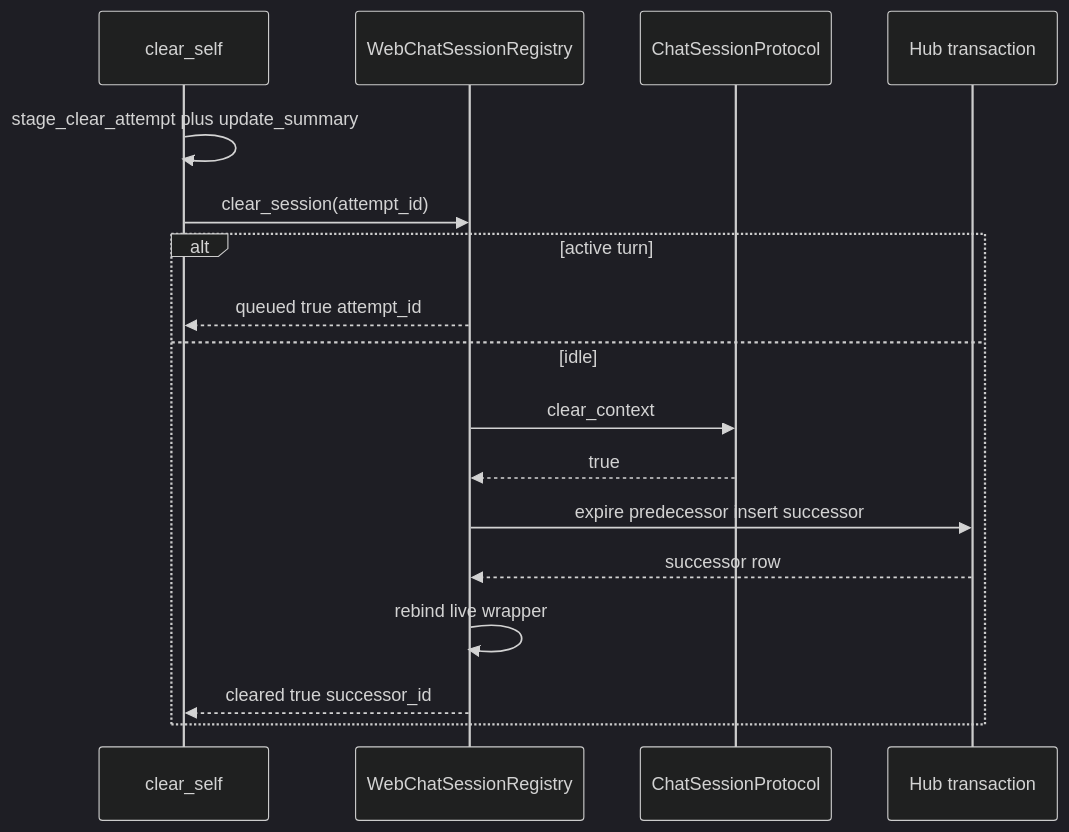
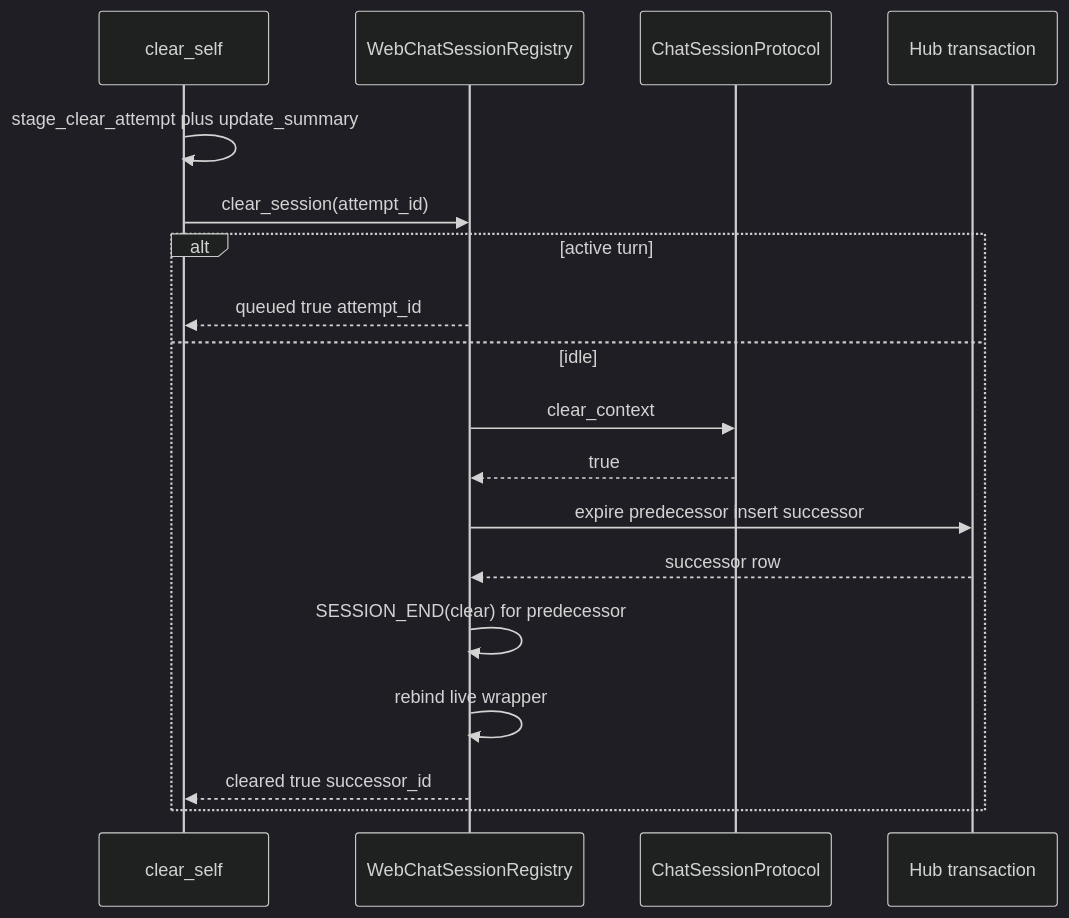
One commit to GobbyAI/gobby changed the second of 2 diagrams in docs/contracts/session-boundary.md. Above: the diagram before and after it, drawn with Mermaid (dark theme). The commit also changed other lines of this file and 8 other files, not shown here.

First line of the commit message:
[gobby-#20638] fix: fire SESSION_END before rebinding web-chat clear successor and tighten clear resolver

````diff
--- a/docs/contracts/session-boundary.md
+++ b/docs/contracts/session-boundary.md
@@ -252,20 +254,21 @@
 ```mermaid
 sequenceDiagram
   participant Tool as clear_self
   participant Registry as WebChatSessionRegistry
   participant Backend as ChatSessionProtocol
   participant Hub as Hub transaction
 
   Tool->>Tool: stage_clear_attempt plus update_summary
   Tool->>Registry: clear_session(attempt_id)
   alt active turn
     Registry-->>Tool: queued true attempt_id
   else idle
     Registry->>Backend: clear_context
     Backend-->>Registry: true
     Registry->>Hub: expire predecessor insert successor
     Hub-->>Registry: successor row
+    Registry->>Registry: SESSION_END(clear) for predecessor
     Registry->>Registry: rebind live wrapper
     Registry-->>Tool: cleared true successor_id
   end
 ```
````
